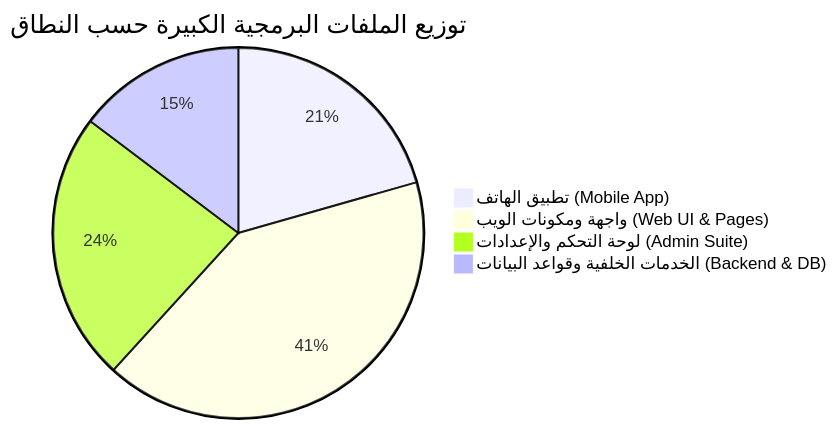
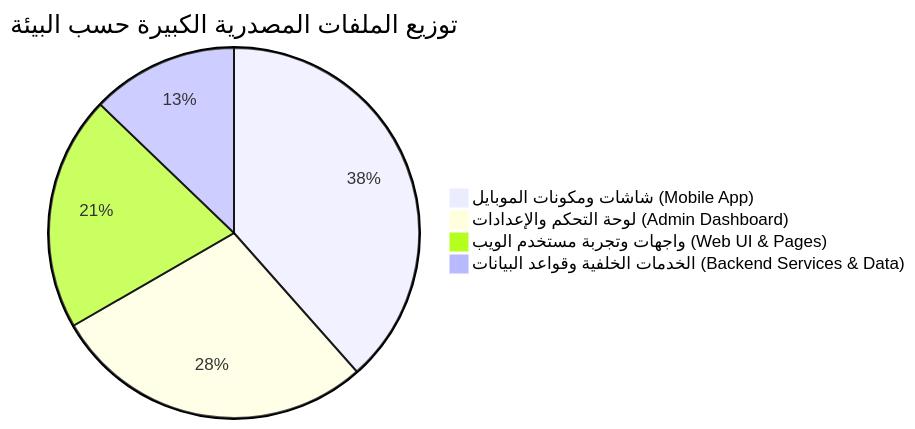
The diagram in LARGE_FILES_ANALYSIS.md (ammarnaass/slam-dunk-w), drawn with Mermaid before and after one commit. The commit also changed other lines of this file, not shown here.

````diff
--- a/LARGE_FILES_ANALYSIS.md
+++ b/LARGE_FILES_ANALYSIS.md
@@ -18,7 +18,7 @@
 ```mermaid
-pie title توزيع الملفات البرمجية الكبيرة حسب النطاق
-    "تطبيق الهاتف (Mobile App)" : 7
-    "واجهة ومكونات الويب (Web UI & Pages)" : 14
-    "لوحة التحكم والإعدادات (Admin Suite)" : 8
-    "الخدمات الخلفية وقواعد البيانات (Backend & DB)" : 5
+pie title توزيع الملفات المصدرية الكبيرة حسب البيئة
+    "شاشات ومكونات الموبايل (Mobile App)" : 15
+    "لوحة التحكم والإعدادات (Admin Dashboard)" : 11
+    "واجهات وتجربة مستخدم الويب (Web UI & Pages)" : 8
+    "الخدمات الخلفية وقواعد البيانات (Backend Services & Data)" : 5
 ```
````
